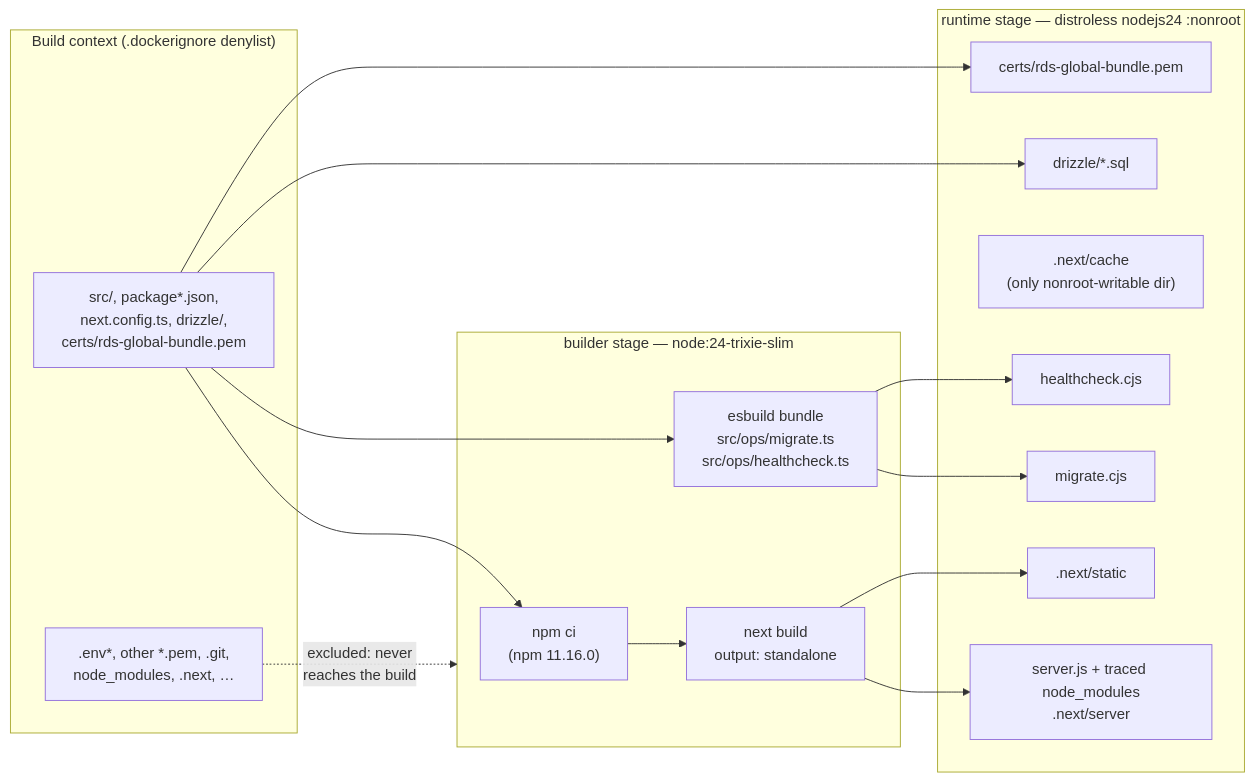
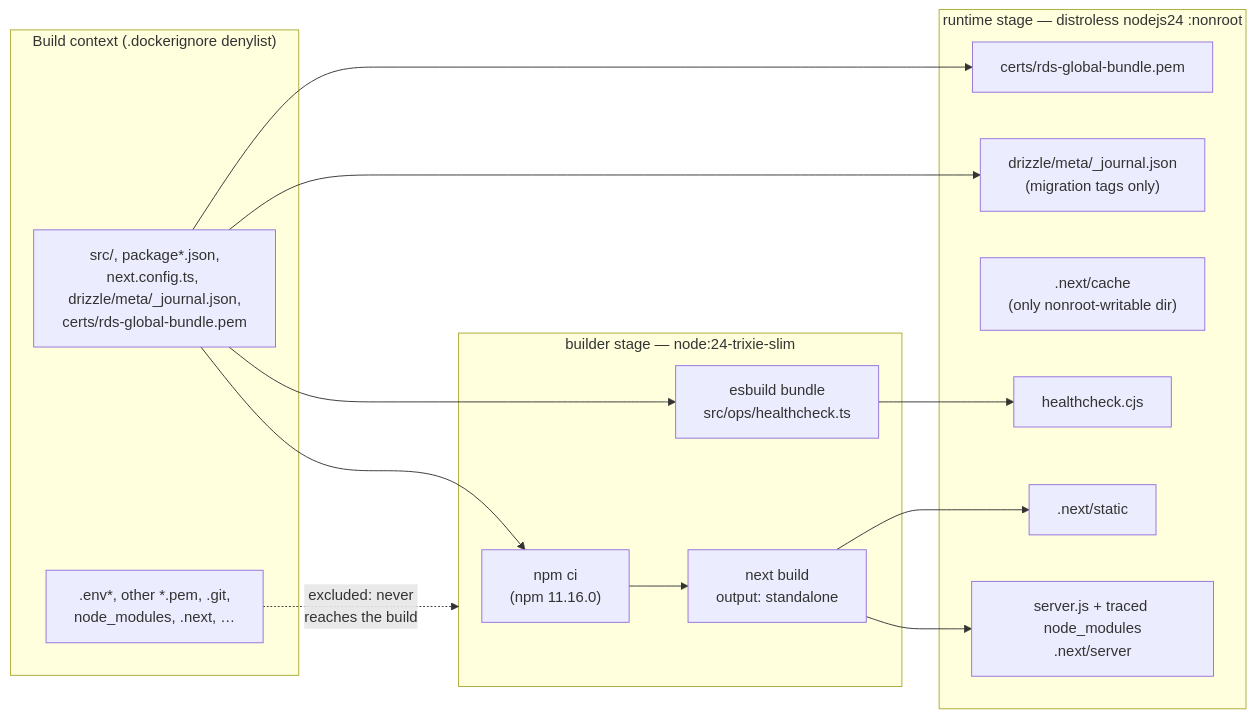
The first of 3 diagrams in docs/architecture/deployable-image.md (sgspinola/pensieve), drawn with Mermaid before and after one commit. The commit also changed other lines of this file and 18 other files, not shown here.

````diff
--- a/docs/architecture/deployable-image.md
+++ b/docs/architecture/deployable-image.md
@@ -7,31 +10,29 @@
 ```mermaid
 flowchart LR
     subgraph Context["Build context (.dockerignore denylist)"]
-        Src["src/, package*.json,<br/>next.config.ts, drizzle/,<br/>certs/rds-global-bundle.pem"]
+        Src["src/, package*.json,<br/>next.config.ts, drizzle/meta/_journal.json,<br/>certs/rds-global-bundle.pem"]
         Env[".env*, other *.pem, .git,<br/>node_modules, .next, …"]
     end
 
     subgraph Builder["builder stage — node:24-trixie-slim"]
         Ci["npm ci<br/>(npm 11.16.0)"]
         Build["next build<br/>output: standalone"]
-        Esb["esbuild bundle<br/>src/ops/migrate.ts<br/>src/ops/healthcheck.ts"]
+        Esb["esbuild bundle<br/>src/ops/healthcheck.ts"]
     end
 
     subgraph Runtime["runtime stage — distroless nodejs24 :nonroot"]
         Server["server.js + traced node_modules<br/>.next/server"]
         Static[".next/static"]
         Cache[".next/cache<br/>(only nonroot-writable dir)"]
-        Drizzle["drizzle/*.sql"]
-        Migrate["migrate.cjs"]
+        Journal["drizzle/meta/_journal.json<br/>(migration tags only)"]
         Health["healthcheck.cjs"]
         Ca["certs/rds-global-bundle.pem"]
     end
 
     Src --> Ci --> Build --> Server
     Build --> Static
-    Src --> Esb --> Migrate
-    Esb --> Health
-    Src --> Drizzle
+    Src --> Esb --> Health
+    Src --> Journal
     Src --> Ca
     Env -.->|"excluded: never<br/>reaches the build"| Builder
 ```
````
